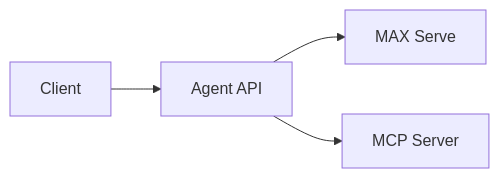
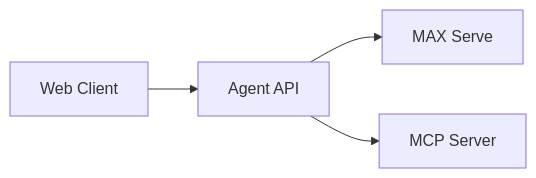
One commit to modular/max-agentic-cookbook changed the diagram in max-mcp-agent/README.md. Above: the diagram before and after it, drawn with Mermaid. The commit also changed other lines of this file and 5 other files, not shown here.

````diff
--- a/max-mcp-agent/README.md
+++ b/max-mcp-agent/README.md
@@ -102,6 +113,6 @@
 ```mermaid
 graph LR
-    Client[Client] --> API[Agent API]
+    Client[Web Client] --> API[Agent API]
     API --> MAX[MAX Serve]
     API --> MCP[MCP Server]
 ```
````
